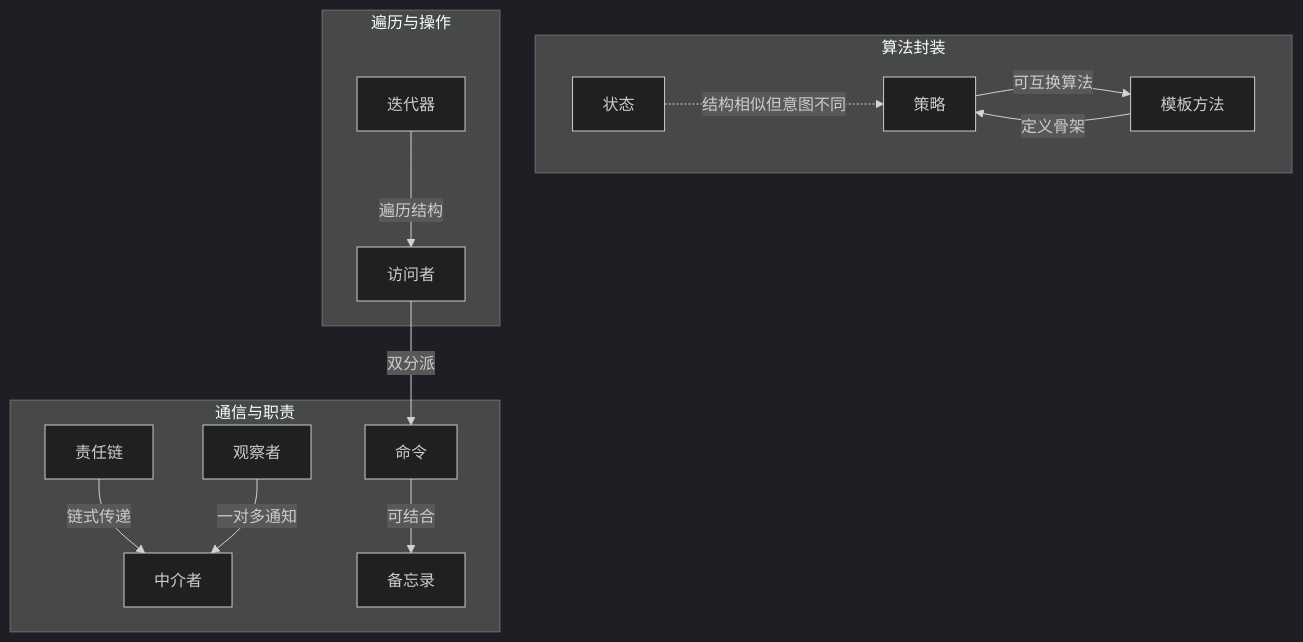
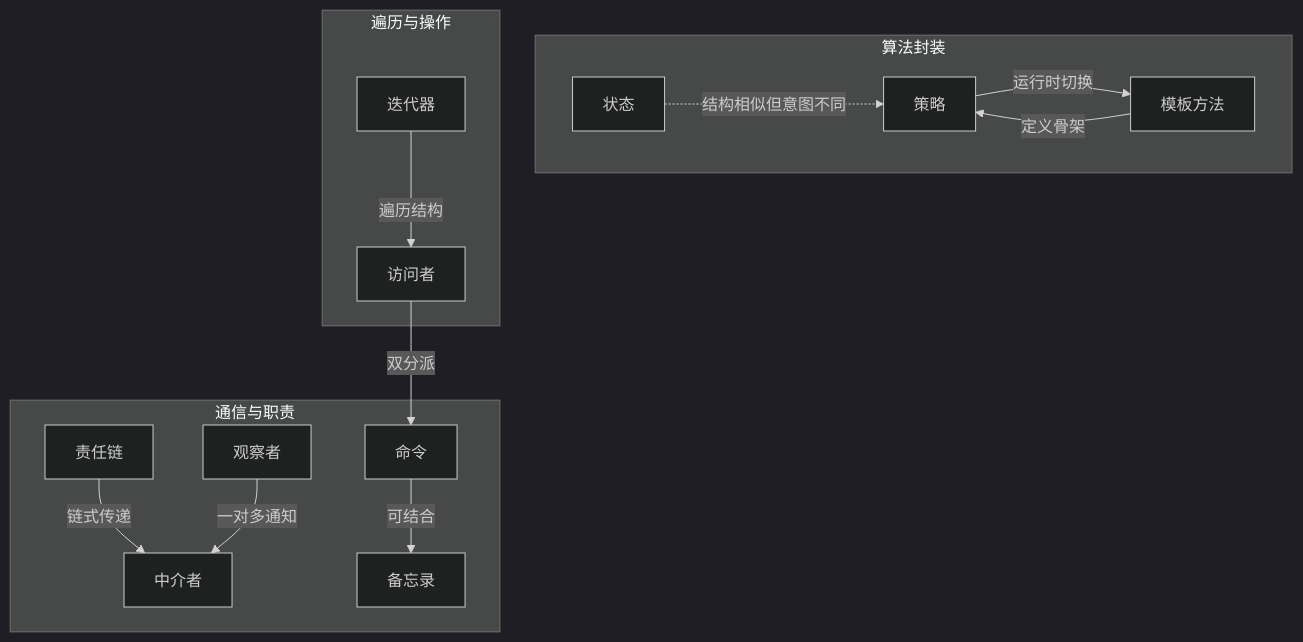
Before and after one commit to minijb/Wiki: diagram 11 of 11 in raw/cs/design-patterns/behavioral-patterns.md, drawn with Mermaid (dark theme). The commit also changed other lines of this file and 962 other files, not shown here.

````diff
--- a/raw/cs/design-patterns/behavioral-patterns.md
+++ b/raw/cs/design-patterns/behavioral-patterns.md
@@ -1317,19 +1769,19 @@
 ```mermaid
 graph TD
     subgraph 通信与职责
         CoR[责任链] -->|链式传递| Mediator[中介者]
         Command[命令] -->|可结合| Memento[备忘录]
         Observer[观察者] -->|一对多通知| Mediator
     end
 
     subgraph 算法封装
-        Strategy[策略] -->|可互换算法| Template[模板方法]
+        Strategy[策略] -->|运行时切换| Template[模板方法]
         Template -->|定义骨架| Strategy
         State[状态] -.->|结构相似但意图不同| Strategy
     end
 
     subgraph 遍历与操作
         Iterator[迭代器] -->|遍历结构| Visitor[访问者]
         Visitor -->|双分派| Command
     end
 ```
````
